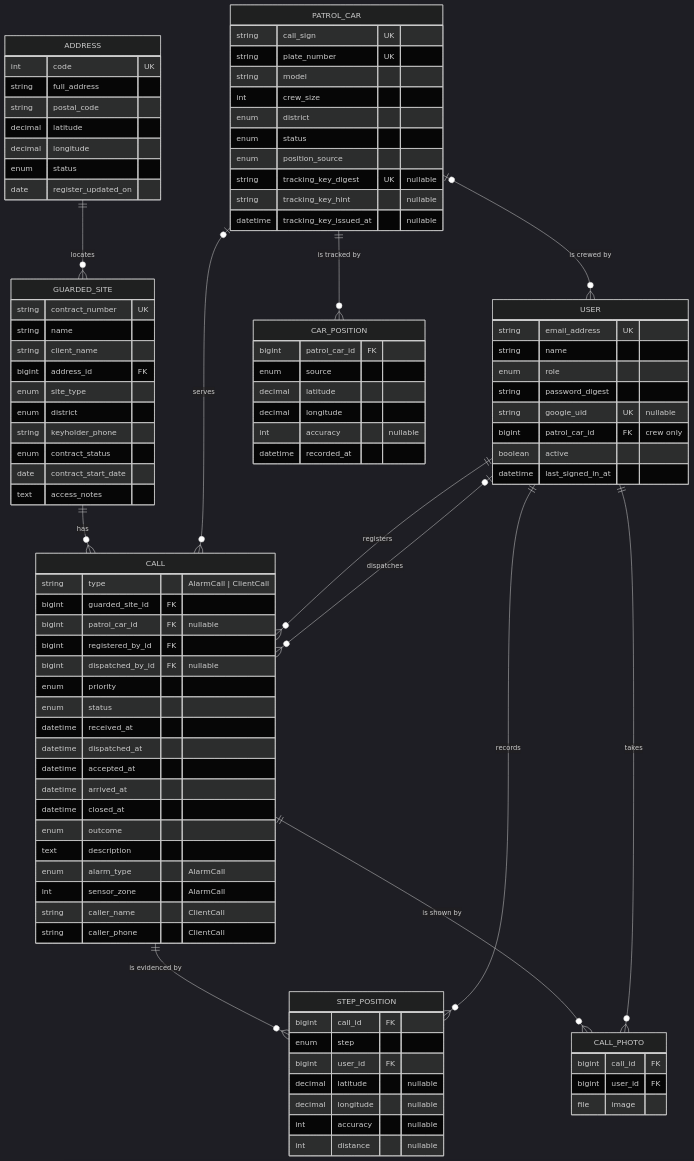
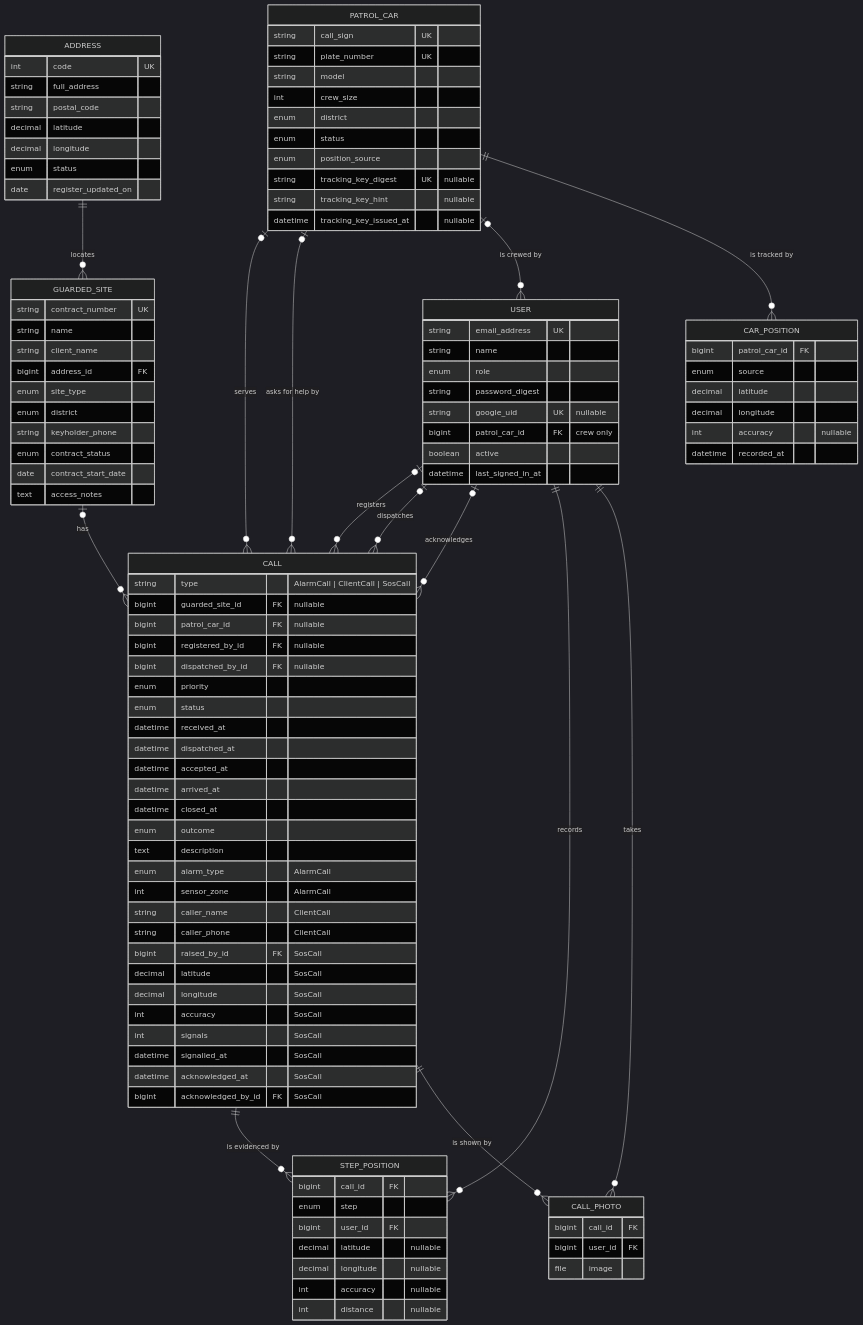
One commit to jromanovs/patrol-call-system changed the first of 2 diagrams in SPECIFICATION.md. Above: the diagram before and after it, drawn with Mermaid (dark theme). The commit also changed other lines of this file, not shown here.

First line of the commit message:
docs(spec): the crew's SOS — BR-21, ADD-11, UPD-13, DSP-06, DYN-19 (#83)

````diff
--- a/SPECIFICATION.md
+++ b/SPECIFICATION.md
@@ -219,10 +232,12 @@
 ```mermaid
 erDiagram
     ADDRESS ||--o{ GUARDED_SITE : "locates"
-    GUARDED_SITE ||--o{ CALL : "has"
+    GUARDED_SITE |o--o{ CALL : "has"
     PATROL_CAR |o--o{ CALL : "serves"
-    USER ||--o{ CALL : "registers"
+    USER |o--o{ CALL : "registers"
     USER |o--o{ CALL : "dispatches"
+    PATROL_CAR |o--o{ CALL : "asks for help by"
+    USER |o--o{ CALL : "acknowledges"
     PATROL_CAR |o--o{ USER : "is crewed by"
     PATROL_CAR ||--o{ CAR_POSITION : "is tracked by"
     CALL ||--o{ STEP_POSITION : "is evidenced by"
@@ -281,10 +296,10 @@
         datetime last_signed_in_at
     }
     CALL {
-        string type "AlarmCall | ClientCall"
-        bigint guarded_site_id FK
+        string type "AlarmCall | ClientCall | SosCall"
+        bigint guarded_site_id FK "nullable"
         bigint patrol_car_id FK "nullable"
-        bigint registered_by_id FK
+        bigint registered_by_id FK "nullable"
         bigint dispatched_by_id FK "nullable"
         enum priority
         enum status
@@ -299,6 +314,14 @@
         int sensor_zone "AlarmCall"
         string caller_name "ClientCall"
         string caller_phone "ClientCall"
+        bigint raised_by_id FK "SosCall"
+        decimal latitude "SosCall"
+        decimal longitude "SosCall"
+        int accuracy "SosCall"
+        int signals "SosCall"
+        datetime signalled_at "SosCall"
+        datetime acknowledged_at "SosCall"
+        bigint acknowledged_by_id FK "SosCall"
     }
     STEP_POSITION {
         bigint call_id FK
````
